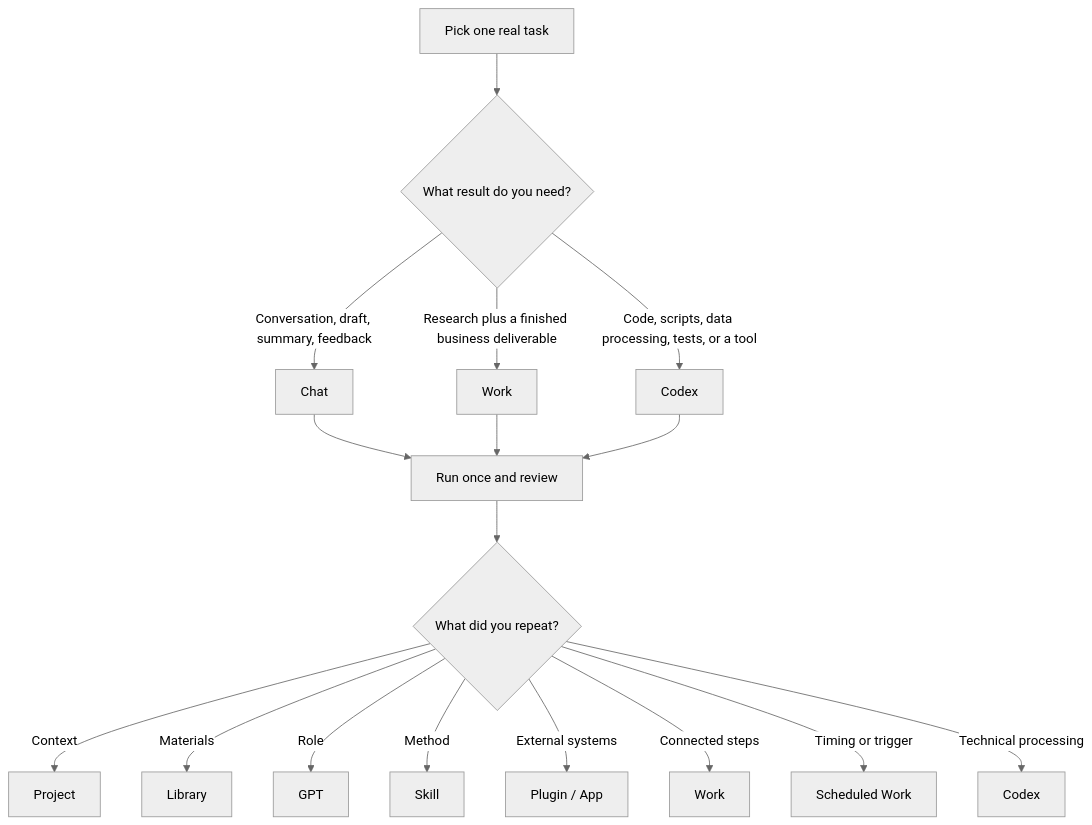
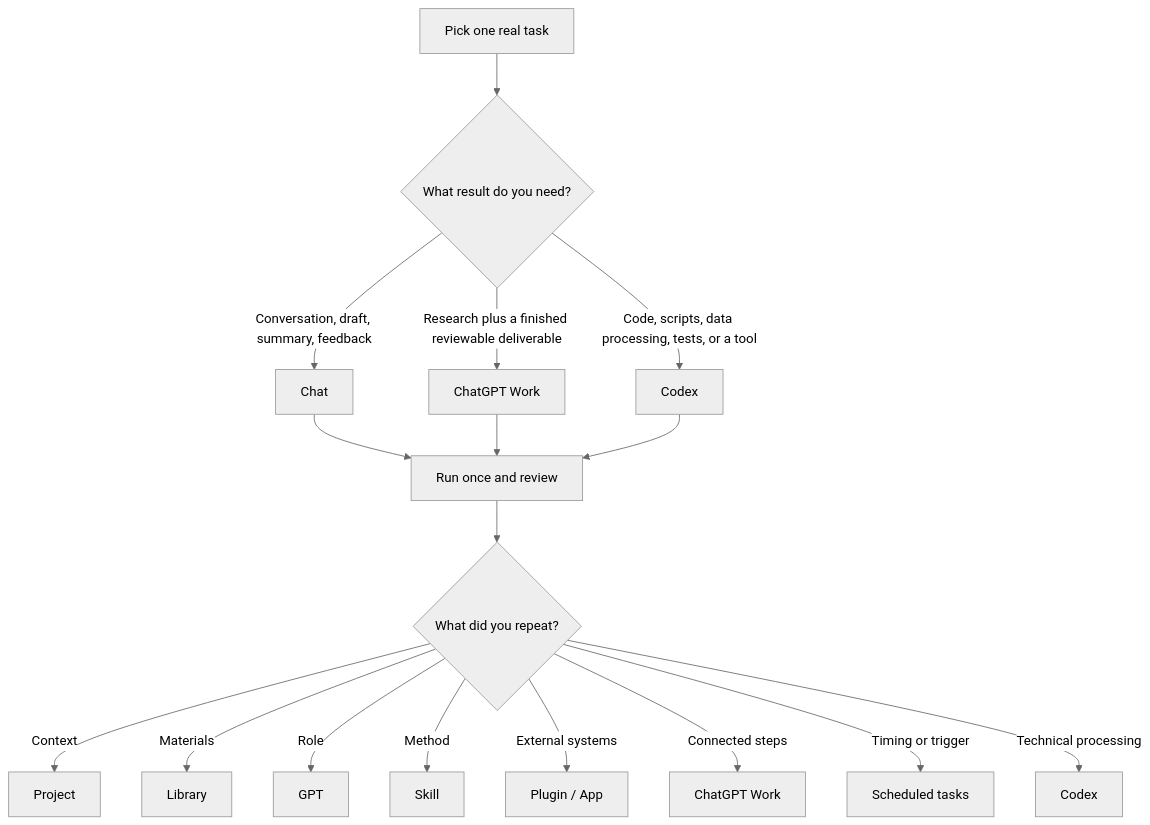
The diagram in Practical Guide.md (wei-wei-hu/chatgpt-enterprise-codex-starter-kit), drawn with Mermaid (neutral theme) before and after one commit. The commit also changed other lines of this file and 5 other files, not shown here.

````diff
--- a/Practical Guide.md
+++ b/Practical Guide.md
@@ -72,19 +72,19 @@
 ```mermaid
 flowchart TD
     A[Pick one real task] --> B{What result do you need?}
     B -->|Conversation, draft, summary, feedback| C[Chat]
-    B -->|Research plus a finished business deliverable| D[Work]
+    B -->|Research plus a finished reviewable deliverable| D[ChatGPT Work]
     B -->|Code, scripts, data processing, tests, or a tool| E[Codex]
     C --> F[Run once and review]
     D --> F
     E --> F
     F --> G{What did you repeat?}
     G -->|Context| H[Project]
     G -->|Materials| I[Library]
     G -->|Role| J[GPT]
     G -->|Method| K[Skill]
     G -->|External systems| L[Plugin / App]
-    G -->|Connected steps| M[Work]
-    G -->|Timing or trigger| N[Scheduled Work]
+    G -->|Connected steps| M[ChatGPT Work]
+    G -->|Timing or trigger| N[Scheduled tasks]
     G -->|Technical processing| O[Codex]
 ```
````
